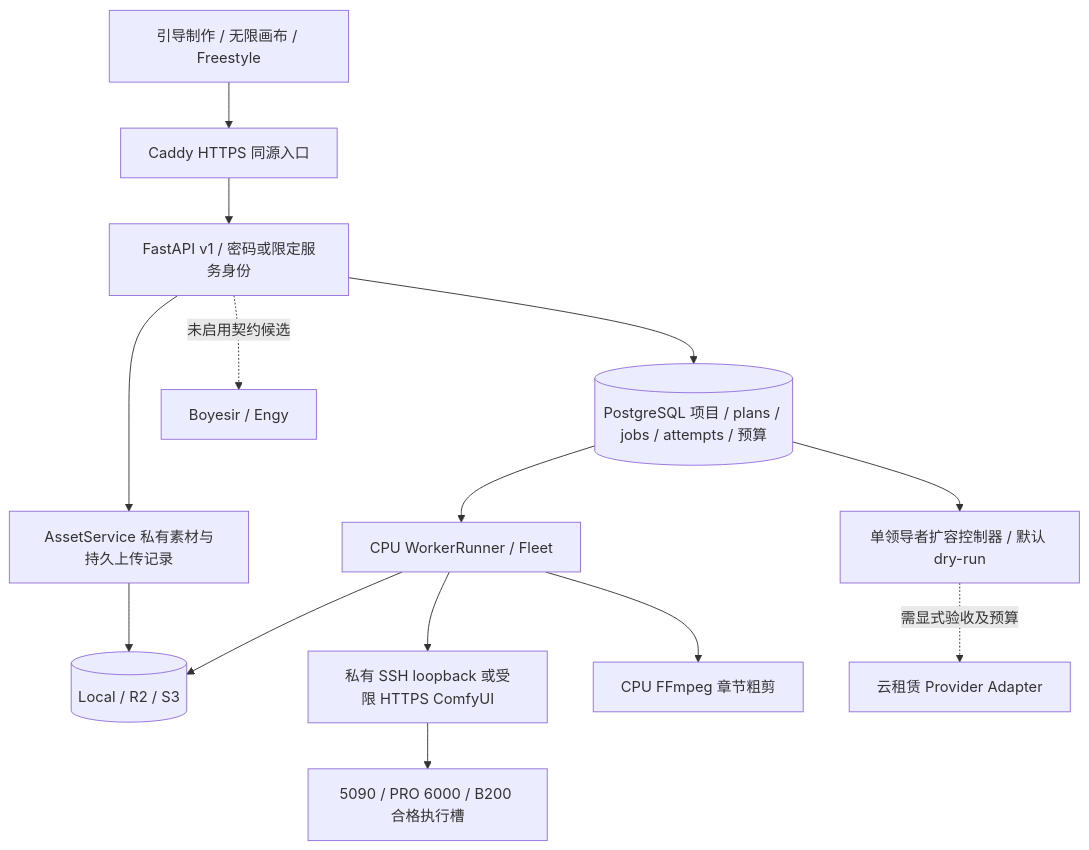
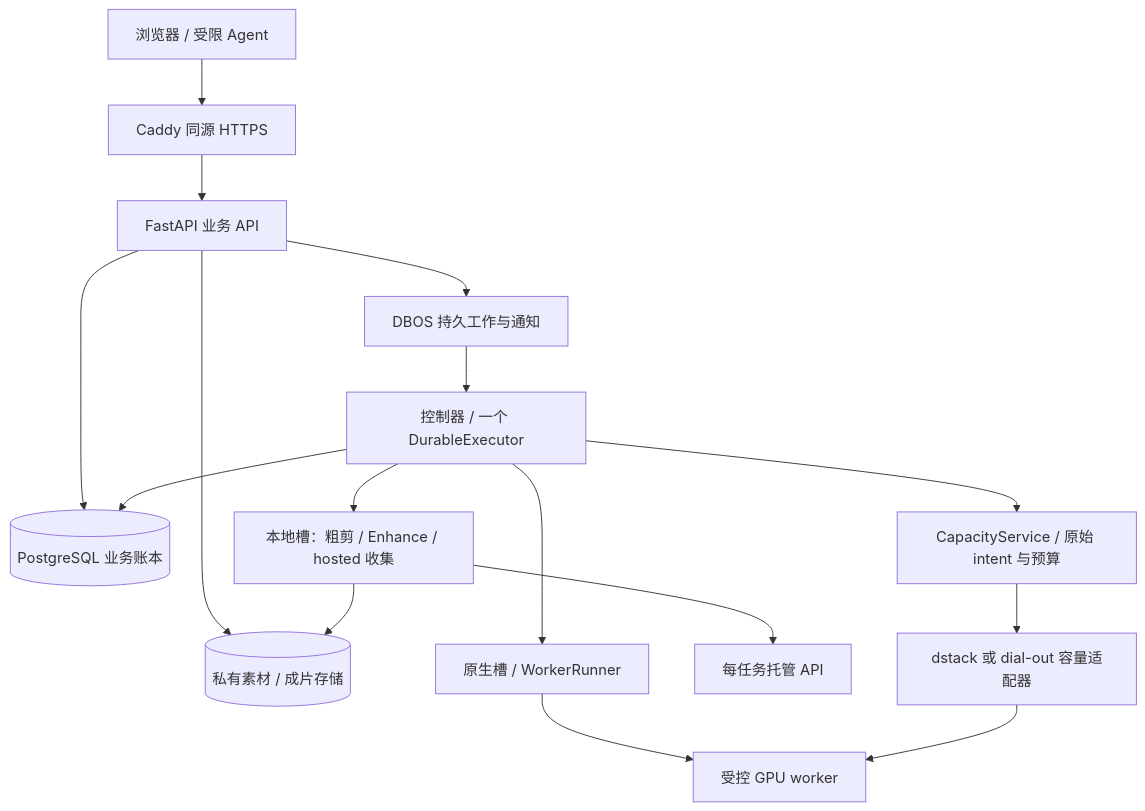
The diagram in docs/ARCHITECTURE.zh-CN.md (inkseq/h3-studio), drawn with Mermaid before and after one commit. The commit also changed other lines of this file and 1 other file, not shown here.

Commit message:
docs: replace obsolete platform and provider implementation claims

````diff
--- a/docs/ARCHITECTURE.zh-CN.md
+++ b/docs/ARCHITECTURE.zh-CN.md
@@ -17,16 +11,18 @@
 ```mermaid
 flowchart TB
-  U[引导制作 / 无限画布 / Freestyle] --> P[Caddy HTTPS 同源入口]
-  P --> A[FastAPI v1 / 密码或限定服务身份]
-  A --> DB[(PostgreSQL 项目 / plans / jobs / attempts / 预算)]
-  A --> S[AssetService 私有素材与持久上传记录]
-  S --> O[(Local / R2 / S3)]
-  DB --> W[CPU WorkerRunner / Fleet]
-  W --> C[私有 SSH loopback 或受限 HTTPS ComfyUI]
-  C --> G[5090 / PRO 6000 / B200 合格执行槽]
-  W --> O
-  W --> R[CPU FFmpeg 章节粗剪]
-  DB --> SC[单领导者扩容控制器 / 默认 dry-run]
-  SC -.需显式验收及预算.-> CP[云租赁 Provider Adapter]
-  A -.未启用契约候选.-> E[Boyesir / Engy]
+  U[浏览器 / 受限 Agent] --> C[Caddy 同源 HTTPS]
+  C --> A[FastAPI 业务 API]
+  A --> P[(PostgreSQL 业务账本)]
+  A --> O[(私有素材 / 成片存储)]
+  A --> Q[DBOS 持久工作与通知]
+  Q --> D[控制器 / 一个 DurableExecutor]
+  D --> P
+  D --> N[原生槽 / WorkerRunner]
+  N --> W[受控 GPU worker]
+  D --> L[本地槽：粗剪 / Enhance / hosted 收集]
+  L --> O
+  L --> H[每任务托管 API]
+  D --> K[CapacityService / 原始 intent 与预算]
+  K --> R[dstack 或 dial-out 容量适配器]
+  R --> W
 ```
````
